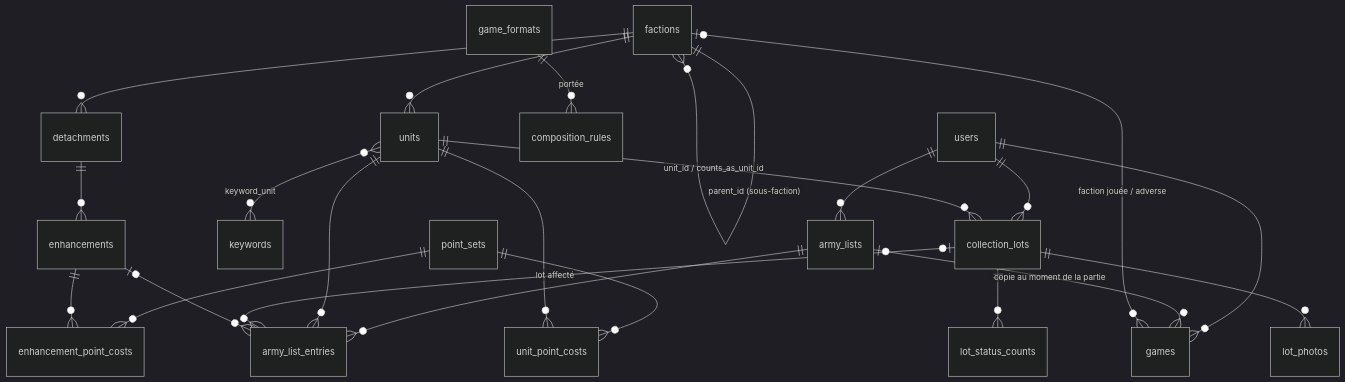
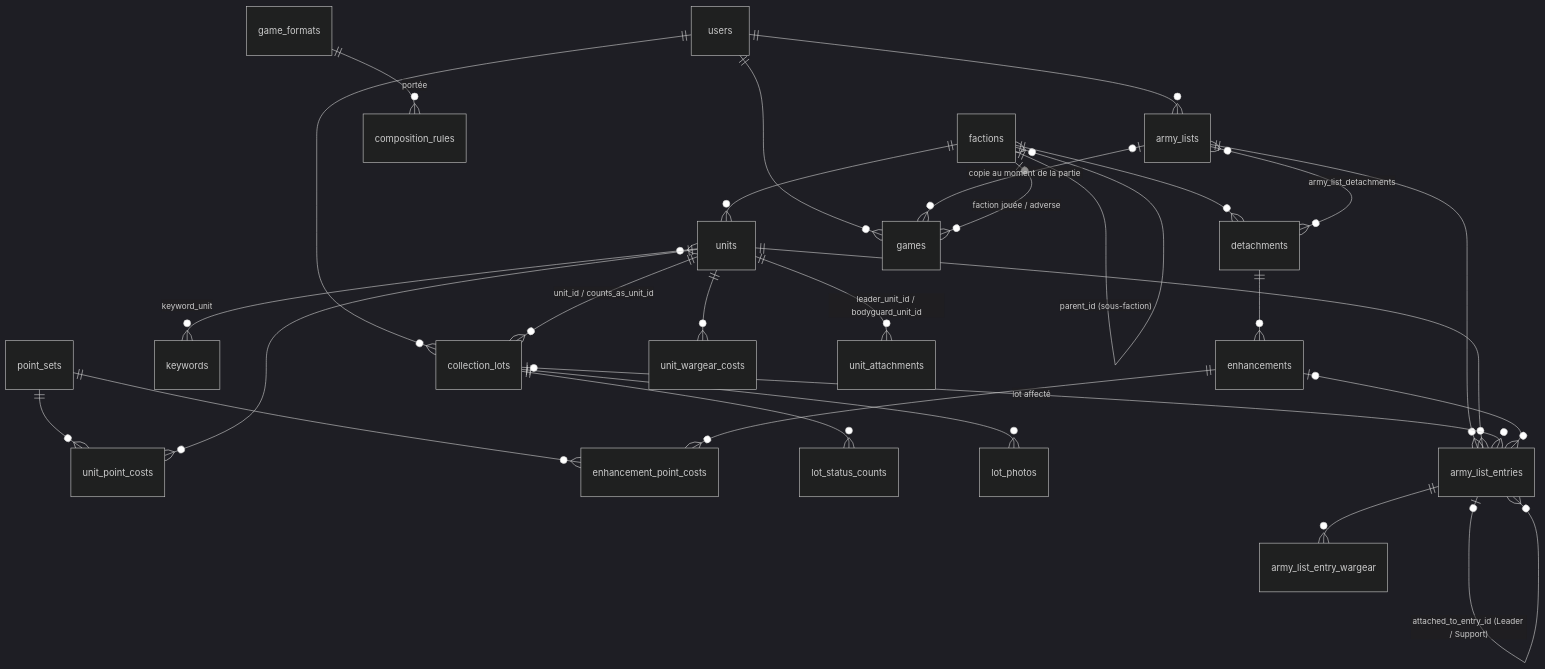
The diagram in README.md (Krishn4k/W40k), drawn with Mermaid (dark theme) before and after one commit. The commit also changed other lines of this file and 42 other files, not shown here.

````diff
--- a/README.md
+++ b/README.md
@@ -99,25 +103,30 @@
 ```mermaid
 erDiagram
     factions ||--o{ factions : "parent_id (sous-faction)"
     factions ||--o{ detachments : ""
     factions ||--o{ units : ""
     detachments ||--o{ enhancements : ""
     units }o--o{ keywords : "keyword_unit"
     point_sets ||--o{ unit_point_costs : ""
     units ||--o{ unit_point_costs : ""
     point_sets ||--o{ enhancement_point_costs : ""
     enhancements ||--o{ enhancement_point_costs : ""
     game_formats ||--o{ composition_rules : "portée"
     users ||--o{ collection_lots : ""
     units ||--o{ collection_lots : "unit_id / counts_as_unit_id"
     collection_lots ||--o{ lot_status_counts : ""
     collection_lots ||--o{ lot_photos : ""
     users ||--o{ army_lists : ""
     army_lists ||--o{ army_list_entries : ""
     units ||--o{ army_list_entries : ""
     collection_lots |o--o{ army_list_entries : "lot affecté"
     enhancements |o--o{ army_list_entries : ""
+    army_lists }o--o{ detachments : "army_list_detachments"
+    army_list_entries |o--o{ army_list_entries : "attached_to_entry_id (Leader / Support)"
+    army_list_entries ||--o{ army_list_entry_wargear : ""
+    units ||--o{ unit_wargear_costs : ""
+    units ||--o{ unit_attachments : "leader_unit_id / bodyguard_unit_id"
     users ||--o{ games : ""
     army_lists |o--o{ games : "copie au moment de la partie"
     factions |o--o{ games : "faction jouée / adverse"
 ```
````
